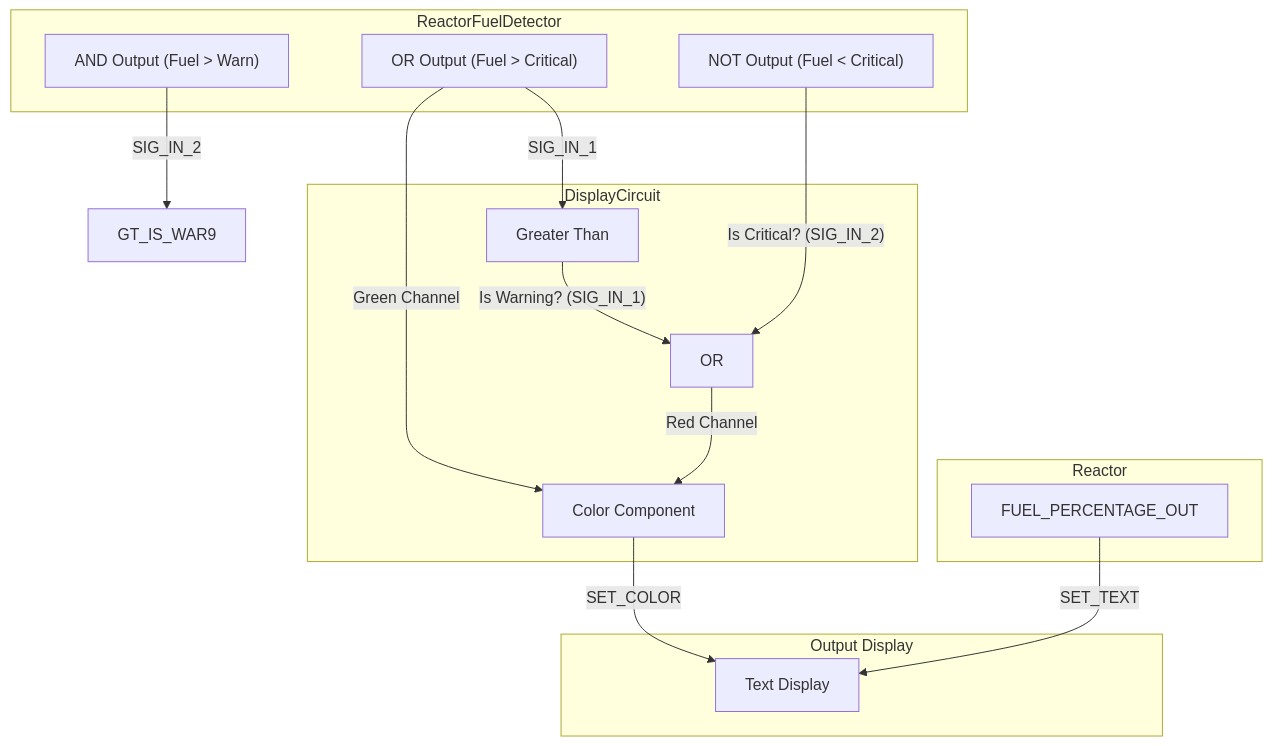
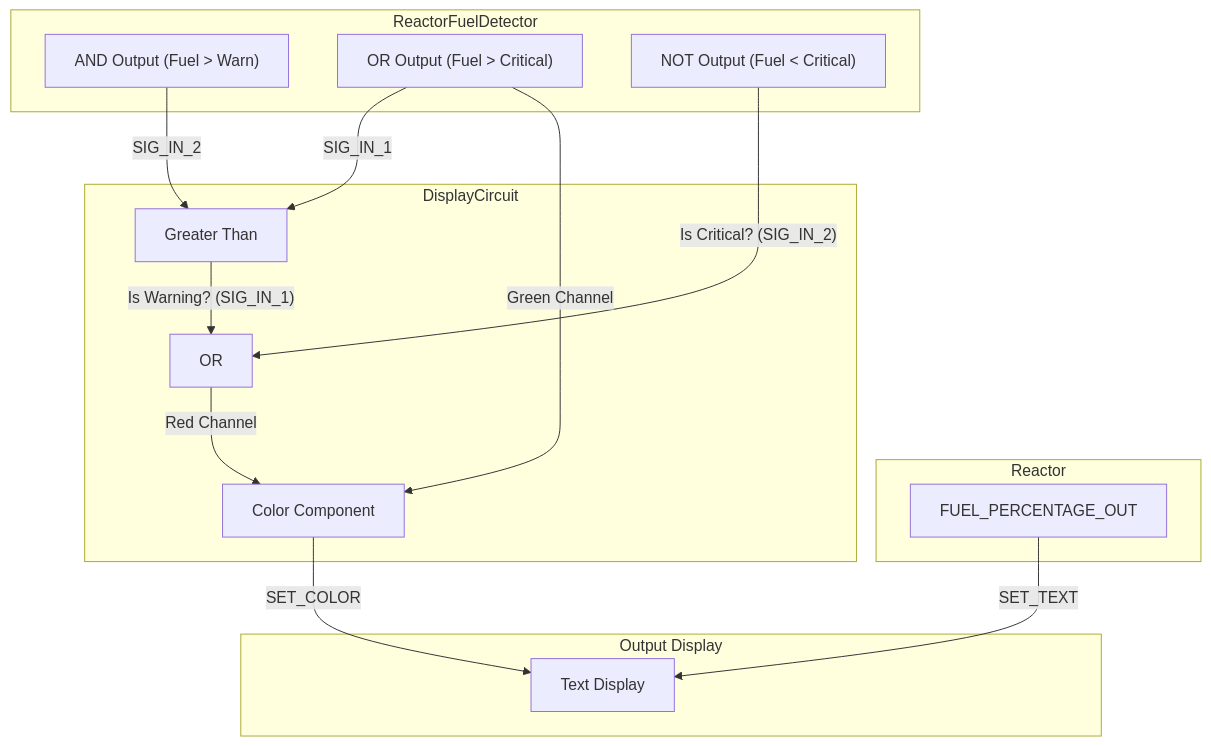
Before and after one commit to Xavrax/barotrauma: the diagram in summer_2k25_0/02-ReactorFuelDisplay.md, drawn with Mermaid.

Commit message:
diagram fix

````diff
--- a/summer_2k25_0/02-ReactorFuelDisplay.md
+++ b/summer_2k25_0/02-ReactorFuelDisplay.md
@@ -45,35 +45,35 @@
 ```mermaid
 graph TD
     subgraph "ReactorFuelDetector"
         IN_AND["AND Output (Fuel > Warn)"]
         IN_OR["OR Output (Fuel > Critical)"]
         IN_NOT["NOT Output (Fuel < Critical)"]
     end
 
     subgraph "Reactor"
         FUEL_PERCENT["FUEL_PERCENTAGE_OUT"]
     end
 
     subgraph "DisplayCircuit"
         GT_IS_WARN["Greater Than"]
         OR_WARN_OR_CRIT["OR"]
         COLOR["Color Component"]
     end
 
     subgraph "Output Display"
         TEXT_DISPLAY["Text Display"]
     end
     
     IN_OR -- "SIG_IN_1" --> GT_IS_WARN
-    IN_AND -- "SIG_IN_2" --> GT_IS_WAR9
+    IN_AND -- "SIG_IN_2" --> GT_IS_WARN
 
     GT_IS_WARN -- "Is Warning? (SIG_IN_1)" --> OR_WARN_OR_CRIT
     IN_NOT -- "Is Critical? (SIG_IN_2)" --> OR_WARN_OR_CRIT
     
     OR_WARN_OR_CRIT -- "Red Channel" --> COLOR
     IN_OR -- "Green Channel" --> COLOR
 
     COLOR -- "SET_COLOR" --> TEXT_DISPLAY
     FUEL_PERCENT -- "SET_TEXT" --> TEXT_DISPLAY
 
 ```
````
